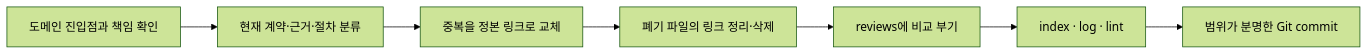
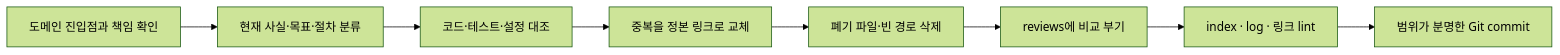
The diagram in docs/governance/documentation-rewrite-guide.md (yarang/grok-fleet-orchestrator), drawn with Mermaid (forest theme) before and after one commit. The commit also changed other lines of this file and 2 other files, not shown here.

````diff
--- a/docs/governance/documentation-rewrite-guide.md
+++ b/docs/governance/documentation-rewrite-guide.md
@@ -95,9 +118,10 @@
 ```mermaid
 flowchart LR
-    A["도메인 진입점과 책임 확인"] --> B["현재 계약·근거·절차 분류"]
-    B --> C["중복을 정본 링크로 교체"]
-    C --> D["폐기 파일의 링크 정리·삭제"]
-    D --> E["reviews에 비교 부기"]
-    E --> F["index · log · lint"]
-    F --> G["범위가 분명한 Git commit"]
+    A["도메인 진입점과 책임 확인"] --> B["현재 사실·목표·절차 분류"]
+    B --> C["코드·테스트·설정 대조"]
+    C --> D["중복을 정본 링크로 교체"]
+    D --> E["폐기 파일·빈 경로 삭제"]
+    E --> F["reviews에 비교 부기"]
+    F --> G["index · log · 링크 lint"]
+    G --> H["범위가 분명한 Git commit"]
 ```
````
